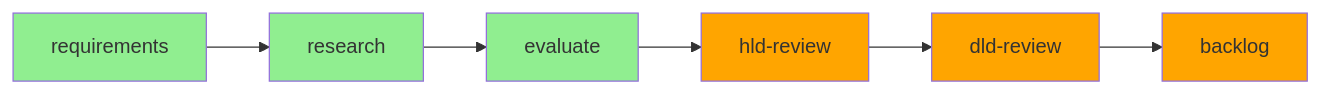
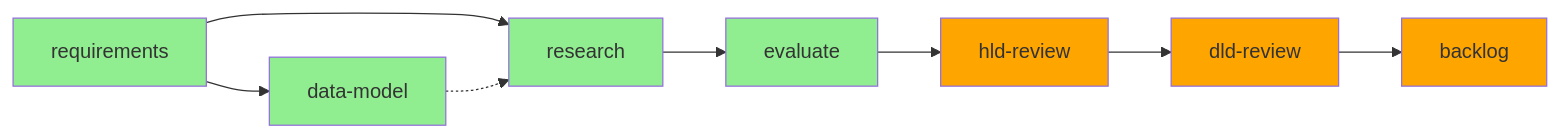
One commit to tractorjuice/arckit-test-project-v8-ons-data-platform changed the eighth of 9 diagrams in WORKFLOW-DIAGRAMS.md. Above: the diagram before and after it, drawn with Mermaid. The commit also changed other lines of this file, not shown here.

First line of the commit message:
docs: update workflow diagrams to match dependency matrix v0.8.2

````diff
--- a/WORKFLOW-DIAGRAMS.md
+++ b/WORKFLOW-DIAGRAMS.md
@@ -495,15 +513,18 @@
 ```mermaid
 graph LR
-    A[requirements] --> B[research]
-    B --> C[evaluate]
-    C --> D[hld-review]
-    D --> E[dld-review]
-    E --> F[backlog]
+    A[requirements] --> B[data-model]
+    A --> C[research]
+    B -.-> C
+    C --> D[evaluate]
+    D --> E[hld-review]
+    E --> F[dld-review]
+    F --> G[backlog]
 
     style A fill:#90EE90
     style B fill:#90EE90
     style C fill:#90EE90
-    style D fill:#FFA500
+    style D fill:#90EE90
     style E fill:#FFA500
     style F fill:#FFA500
+    style G fill:#FFA500
 ```
````
